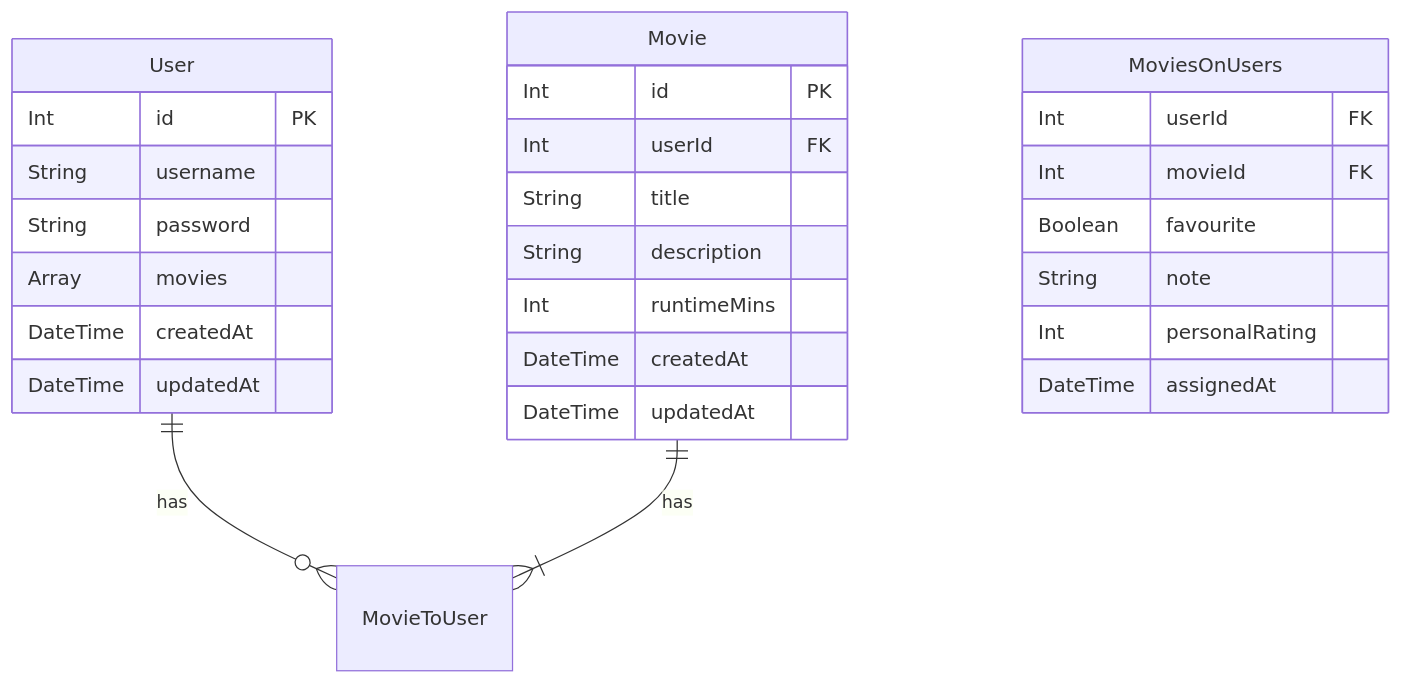
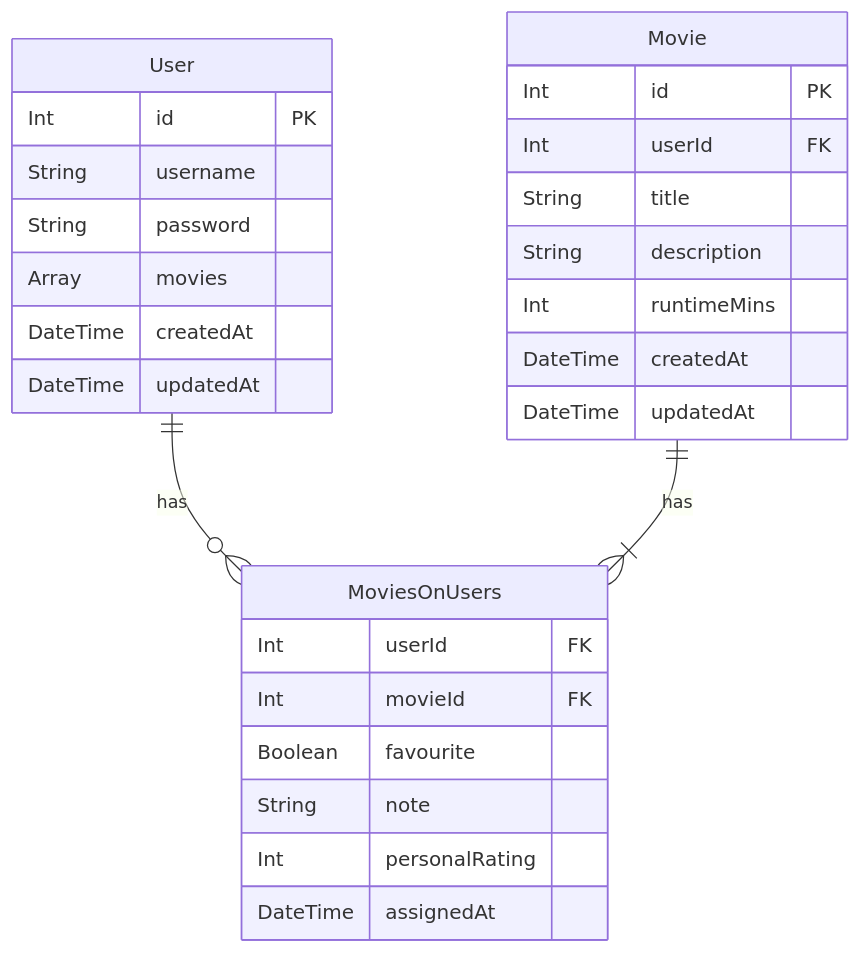
One commit to boolean-uk/auth-challenge changed the diagram in docs/erd.md. Above: the diagram before and after it, drawn with Mermaid.

````diff
--- a/docs/erd.md
+++ b/docs/erd.md
@@ -9,36 +9,36 @@
 ```mermaid
 
 erDiagram
 
- User ||--o{ MovieToUser : has
- Movie ||--|{ MovieToUser : has
+ User ||--o{ MoviesOnUsers : has
+ Movie ||--|{ MoviesOnUsers : has
 
  User {
   Int           id           PK
   String        username      
   String        password
   Array         movies  
   DateTime      createdAt    
   DateTime      updatedAt    
 }
 
  Movie {
   Int       id               PK
   Int       userId           FK
   String    title              
   String    description   
   Int       runtimeMins   
   DateTime  createdAt         
   DateTime  updatedAt         
 }
 
  MoviesOnUsers {
     Int       userId          FK
     Int       movieId         FK
     Boolean   favourite
     String    note
     Int       personalRating
     DateTime  assignedAt
  }
 
 ```
````
